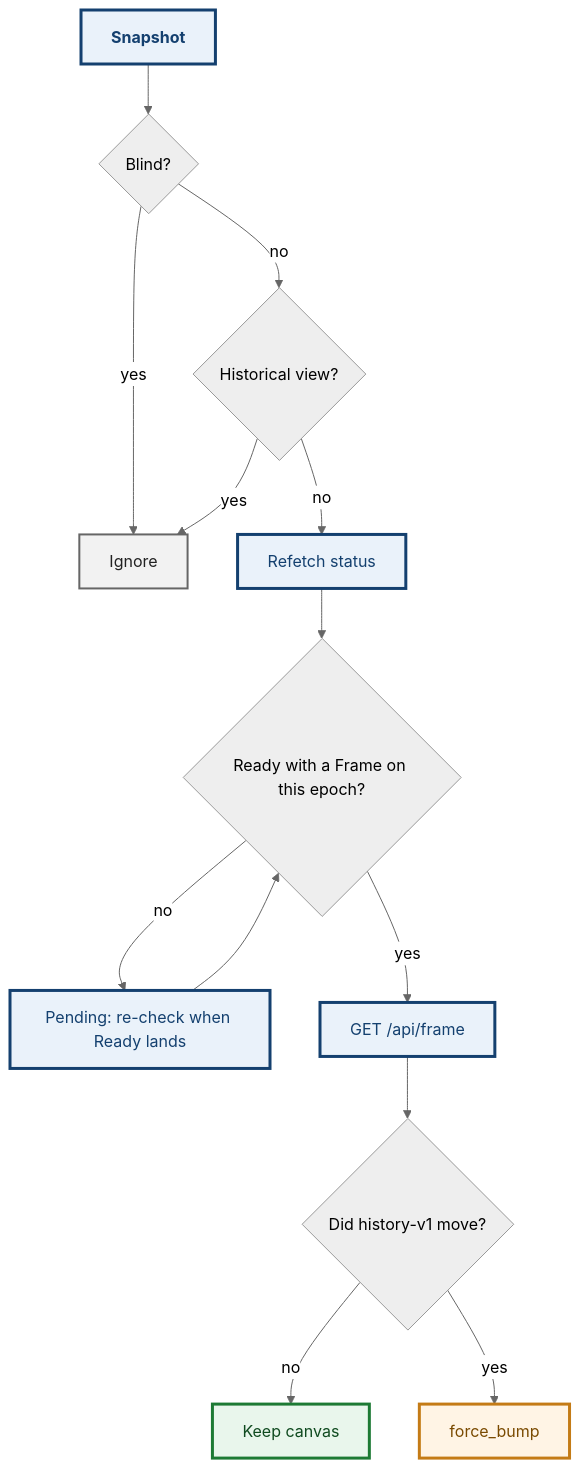
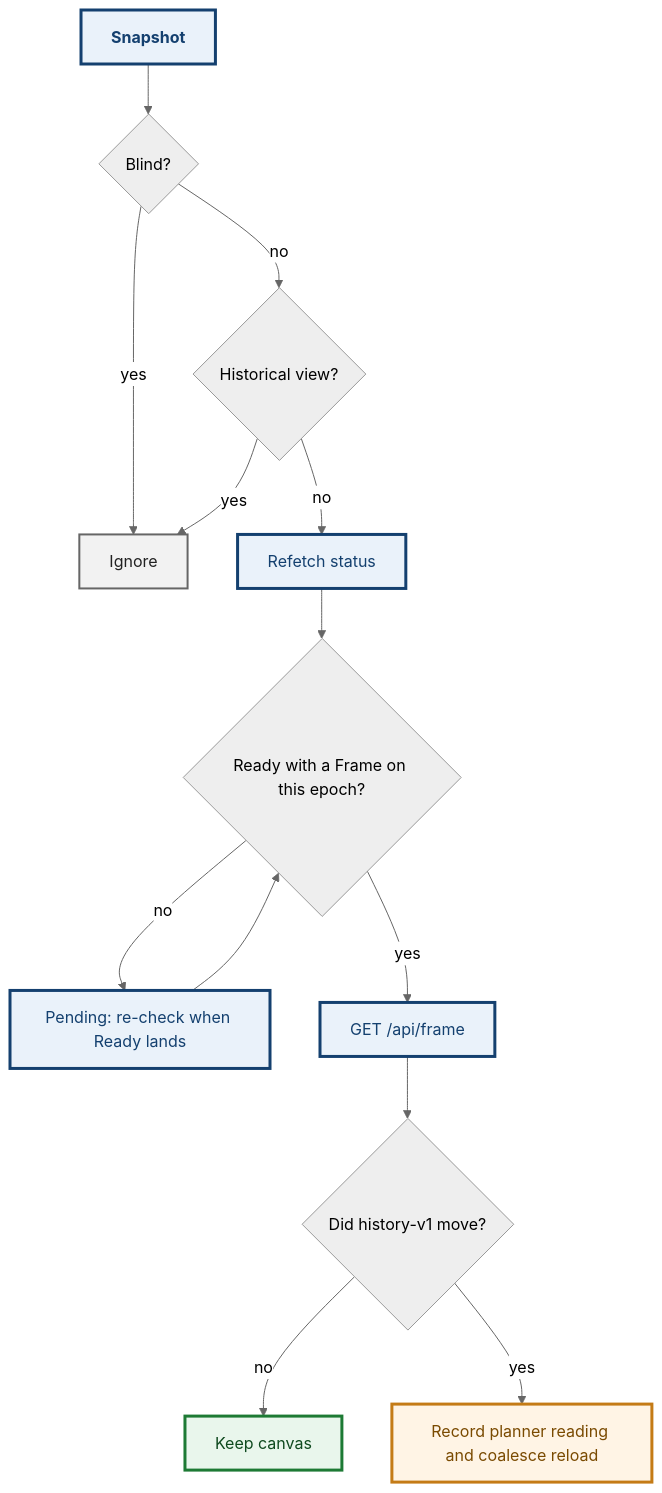
One commit to tom2025b/git-vista changed the second of 2 diagrams in docs/adr/0150-the-live-graph-follows-history-generation.md. Above: the diagram before and after it, drawn with Mermaid (neutral theme). The commit also changed other lines of this file and 4 other files, not shown here.

````diff
--- a/docs/adr/0150-the-live-graph-follows-history-generation.md
+++ b/docs/adr/0150-the-live-graph-follows-history-generation.md
@@ -45,25 +46,25 @@
 ```mermaid
 flowchart TD
     S["<b>Snapshot</b>"]
     S --> B{"Blind?"}
     B -->|yes| I["Ignore"]
     B -->|no| H{"Historical view?"}
     H -->|yes| I
     H -->|no| ST["Refetch status"]
     ST --> R{"Ready with a Frame on this epoch?"}
     R -->|no| P["Pending: re-check when Ready lands"]
     R -->|yes| FR["GET /api/frame"]
     FR --> C{"Did history-v1 move?"}
     C -->|no| K["Keep canvas"]
-    C -->|yes| M["force_bump"]
+    C -->|yes| M["Record planner reading and coalesce reload"]
     P --> R
 
     classDef step fill:#eaf2fa,color:#14406f,stroke:#14406f,stroke-width:3px
     classDef keep fill:#e9f6ec,color:#0f4a1f,stroke:#1d7a34,stroke-width:3px
     classDef move fill:#fff4e5,color:#7a4a00,stroke:#c47b16,stroke-width:3px
     classDef stop fill:#f2f2f2,color:#222222,stroke:#666666,stroke-width:2px
     class S,ST,FR,P step
     class K keep
     class M move
     class I stop
 ```
````
